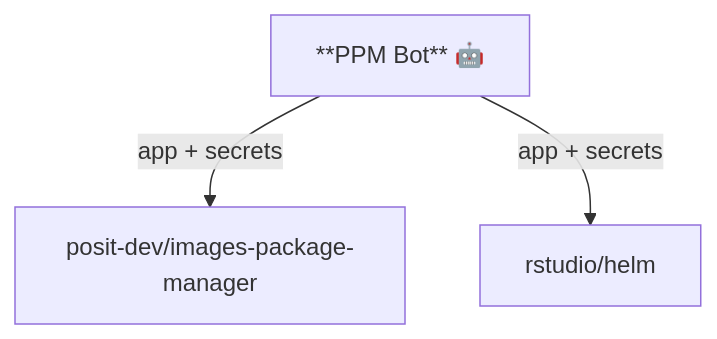
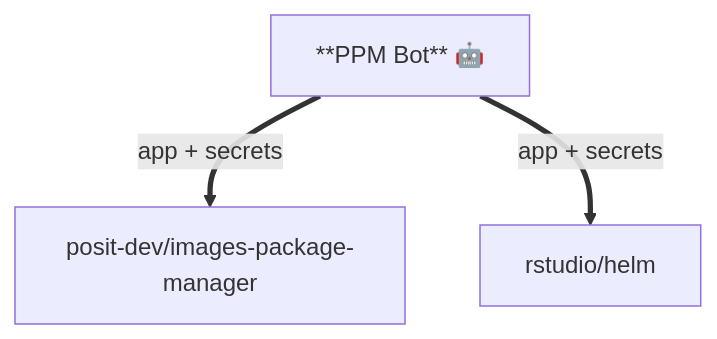
Before and after one commit to posit-dev/images-shared: the fourth of 5 diagrams in pulumi/github/github-apps/README.md, drawn with Mermaid. The commit also changed other lines of this file, not shown here.

First line of the commit message:
Use thick vs thin lines for diagram clarity

````diff
--- a/pulumi/github/github-apps/README.md
+++ b/pulumi/github/github-apps/README.md
@@ -78,7 +78,7 @@
 ```mermaid
 graph TD
     BOT["**PPM Bot** 🤖"]
 
-    BOT -->|app + secrets| IP["posit-dev/images-package-manager"]
-    BOT -->|app + secrets| HELM["rstudio/helm"]
+    BOT ==>|app + secrets| IP["posit-dev/images-package-manager"]
+    BOT ==>|app + secrets| HELM["rstudio/helm"]
 ```
````
